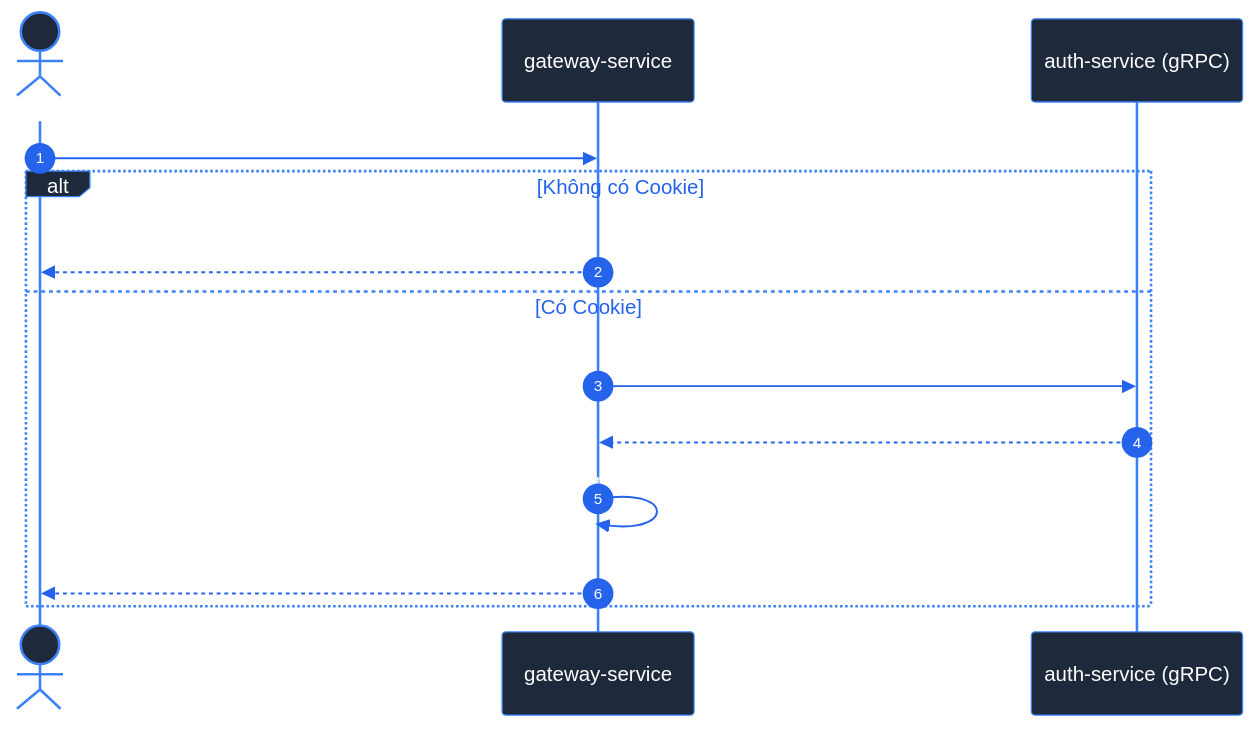
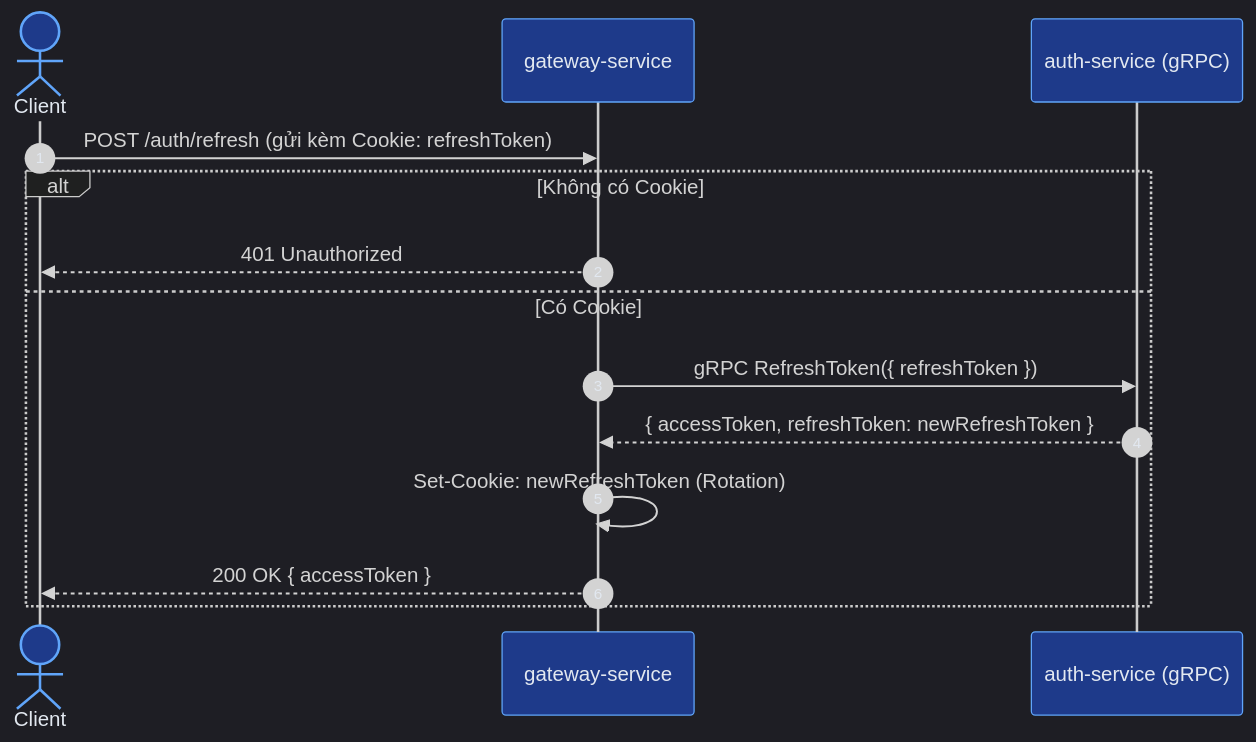
One commit to kan-ckm/tomato_cinema changed the fourth of 7 diagrams in apps/gateway-service/README.md. Above: the diagram before and after it, drawn with Mermaid. The commit also changed other lines of this file and 1 other file, not shown here.

Commit message:
docs: chuyển toàn bộ sơ đồ Mermaid sang theme dark để đảm bảo chữ rõ ràng trên cả Light và Dark mode

````diff
--- a/apps/gateway-service/README.md
+++ b/apps/gateway-service/README.md
@@ -192,42 +179,32 @@
 ```mermaid
 %%{
   init: {
-    'theme': 'base',
+    'theme': 'dark',
     'themeVariables': {
-      'primaryColor': '#1e3a8a',
-      'primaryTextColor': '#ffffff',
-      'primaryBorderColor': '#3b82f6',
-      'actorBkg': '#1e293b',
-      'actorBorder': '#3b82f6',
-      'actorTextColor': '#ffffff',
-      'actorLineColor': '#3b82f6',
-      'signalColor': '#2563eb',
-      'labelBoxBkgColor': '#1e293b',
-      'labelBoxBorderColor': '#3b82f6',
-      'labelTextColor': '#ffffff',
-      'loopTextColor': '#2563eb',
-      'noteBkgColor': '#1e3a8a',
-      'noteBorderColor': '#3b82f6',
-      'noteTextColor': '#ffffff',
-      'activationBkgColor': '#334155',
-      'activationBorderColor': '#60a5fa',
-      'sequenceNumberColor': '#ffffff'
+      'actorBkg': '#1e3a8a',
+      'actorBorder': '#60a5fa',
+      'actorTextColor': '#e2e8f0',
+      'noteBkgColor': '#1e293b',
+      'noteBorderColor': '#60a5fa',
+      'noteTextColor': '#e2e8f0',
+      'activationBkgColor': '#0f172a',
+      'sequenceNumberColor': '#e2e8f0'
     }
   }
 }%%
 sequenceDiagram
     autonumber
     actor User as Client
     participant GW as gateway-service
     participant Auth as auth-service (gRPC)
 
     User->>GW: POST /auth/refresh (gửi kèm Cookie: refreshToken)
     alt Không có Cookie
         GW-->>User: 401 Unauthorized
     else Có Cookie
         GW->>Auth: gRPC RefreshToken({ refreshToken })
         Auth-->>GW: { accessToken, refreshToken: newRefreshToken }
         GW->>GW: Set-Cookie: newRefreshToken (Rotation)
         GW-->>User: 200 OK { accessToken }
     end
 ```
````
